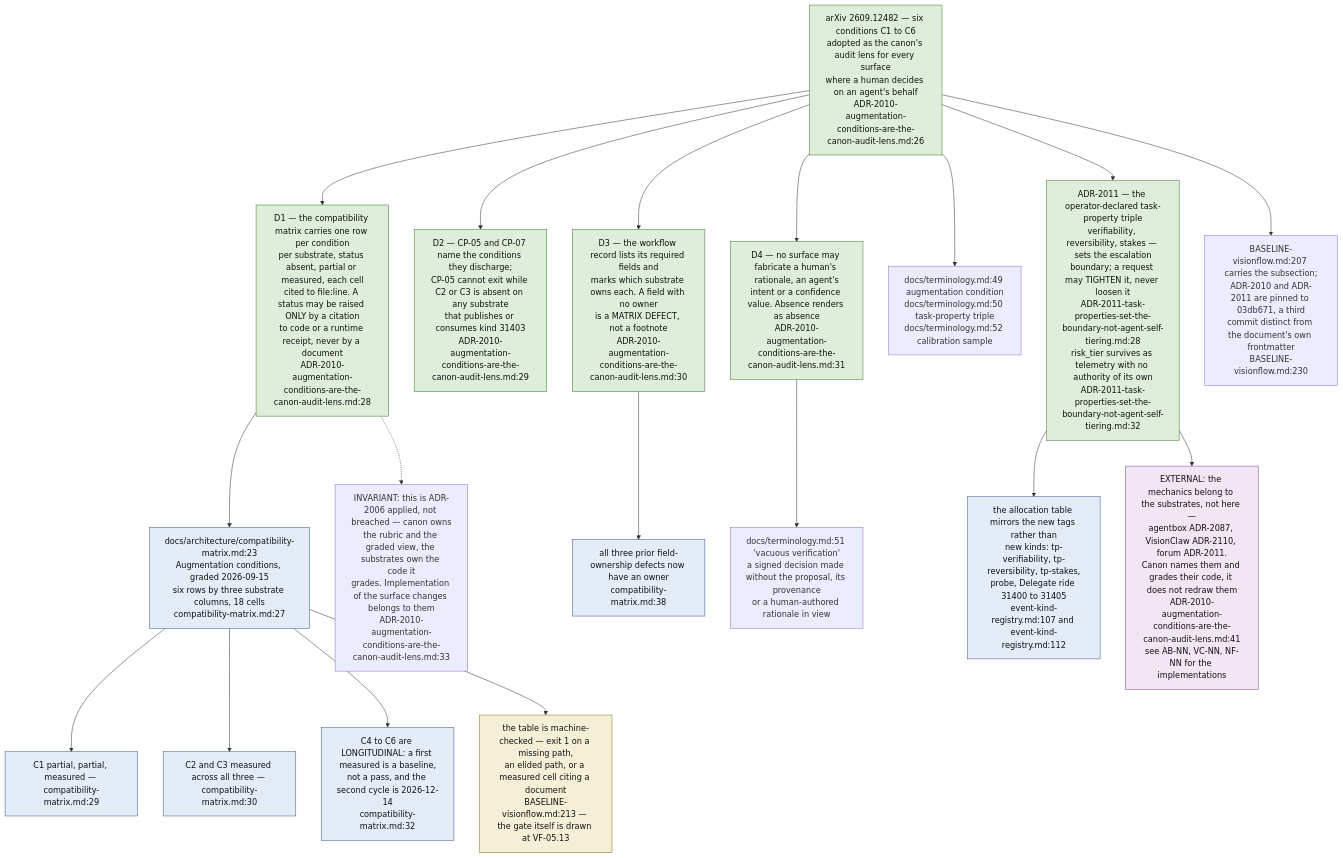
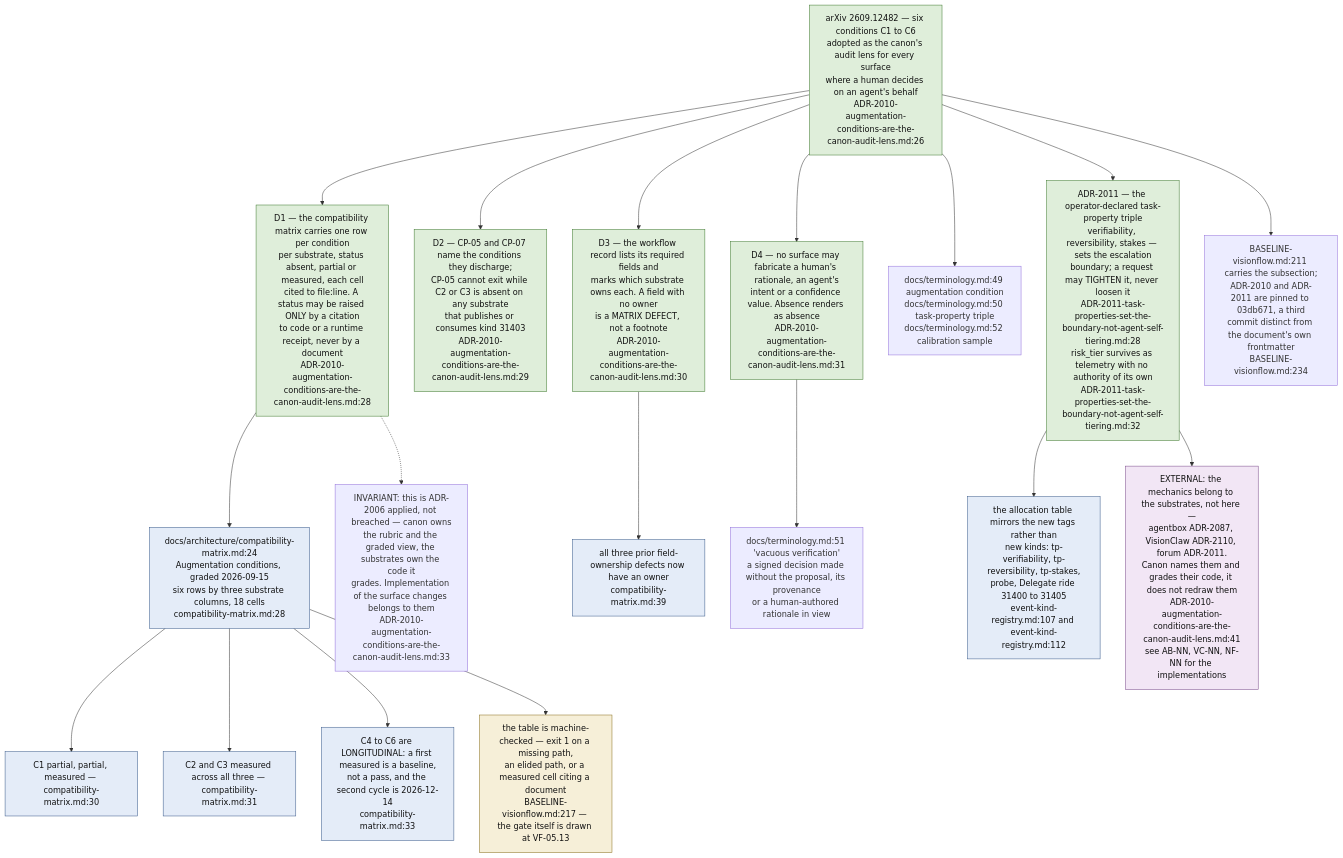
The ninth of 11 diagrams in docs/diagrams/visionflow/01-repo-composition-and-canon.md (DreamLab-AI/VisionFlow), drawn with Mermaid before and after one commit. The commit also changed other lines of this file and 160 other files, not shown here.

````diff
--- a/docs/diagrams/visionflow/01-repo-composition-and-canon.md
+++ b/docs/diagrams/visionflow/01-repo-composition-and-canon.md
@@ -338,38 +338,38 @@
 ```mermaid
 flowchart TB
     classDef rec fill:#dfeeda,stroke:#3f7a2f,color:#111
     classDef tbl fill:#e4ecf8,stroke:#3a5a8a,color:#111
     classDef gate fill:#f6efd8,stroke:#8a7020,color:#111
     classDef ext fill:#f2e6f5,stroke:#7a4a8a,color:#111
 
     SRC["arXiv 2609.12482 — six conditions C1 to C6<br/>adopted as the canon's audit lens for every surface<br/>where a human decides on an agent's behalf<br/>ADR-2010-augmentation-conditions-are-the-canon-audit-lens.md:26"]:::rec
 
     SRC --> D1["D1 — the compatibility matrix carries one row per condition<br/>per substrate, status absent, partial or measured, each cell<br/>cited to file:line. A status may be raised ONLY by a citation<br/>to code or a runtime receipt, never by a document<br/>ADR-2010-augmentation-conditions-are-the-canon-audit-lens.md:28"]:::rec
     SRC --> D2["D2 — CP-05 and CP-07 name the conditions they discharge;<br/>CP-05 cannot exit while C2 or C3 is absent on any substrate<br/>that publishes or consumes kind 31403<br/>ADR-2010-augmentation-conditions-are-the-canon-audit-lens.md:29"]:::rec
     SRC --> D3["D3 — the workflow record lists its required fields and<br/>marks which substrate owns each. A field with no owner<br/>is a MATRIX DEFECT, not a footnote<br/>ADR-2010-augmentation-conditions-are-the-canon-audit-lens.md:30"]:::rec
     SRC --> D4["D4 — no surface may fabricate a human's rationale, an agent's<br/>intent or a confidence value. Absence renders as absence<br/>ADR-2010-augmentation-conditions-are-the-canon-audit-lens.md:31"]:::rec
 
-    D1 --> TBL["docs/architecture/compatibility-matrix.md:23<br/>Augmentation conditions, graded 2026-09-15<br/>six rows by three substrate columns, 18 cells<br/>compatibility-matrix.md:27"]:::tbl
-    TBL --> R1["C1 partial, partial, measured — compatibility-matrix.md:29"]:::tbl
-    TBL --> R2["C2 and C3 measured across all three — compatibility-matrix.md:30"]:::tbl
-    TBL --> R3["C4 to C6 are LONGITUDINAL: a first measured is a baseline,<br/>not a pass, and the second cycle is 2026-12-14<br/>compatibility-matrix.md:32"]:::tbl
-    D3 --> OWN["all three prior field-ownership defects now have an owner<br/>compatibility-matrix.md:38"]:::tbl
+    D1 --> TBL["docs/architecture/compatibility-matrix.md:24<br/>Augmentation conditions, graded 2026-09-15<br/>six rows by three substrate columns, 18 cells<br/>compatibility-matrix.md:28"]:::tbl
+    TBL --> R1["C1 partial, partial, measured — compatibility-matrix.md:30"]:::tbl
+    TBL --> R2["C2 and C3 measured across all three — compatibility-matrix.md:31"]:::tbl
+    TBL --> R3["C4 to C6 are LONGITUDINAL: a first measured is a baseline,<br/>not a pass, and the second cycle is 2026-12-14<br/>compatibility-matrix.md:33"]:::tbl
+    D3 --> OWN["all three prior field-ownership defects now have an owner<br/>compatibility-matrix.md:39"]:::tbl
 
-    TBL --> GATE["the table is machine-checked — exit 1 on a missing path,<br/>an elided path, or a measured cell citing a document<br/>BASELINE-visionflow.md:213 — the gate itself is drawn at VF-05.13"]:::gate
+    TBL --> GATE["the table is machine-checked — exit 1 on a missing path,<br/>an elided path, or a measured cell citing a document<br/>BASELINE-visionflow.md:217 — the gate itself is drawn at VF-05.13"]:::gate
 
     D4 --> VOCAB["docs/terminology.md:51 'vacuous verification'<br/>a signed decision made without the proposal, its provenance<br/>or a human-authored rationale in view"]
     SRC --> VOCAB2["docs/terminology.md:49 augmentation condition<br/>docs/terminology.md:50 task-property triple<br/>docs/terminology.md:52 calibration sample"]
 
     TIER["ADR-2011 — the operator-declared task-property triple<br/>verifiability, reversibility, stakes — sets the escalation<br/>boundary; a request may TIGHTEN it, never loosen it<br/>ADR-2011-task-properties-set-the-boundary-not-agent-self-tiering.md:28<br/>risk_tier survives as telemetry with no authority of its own<br/>ADR-2011-task-properties-set-the-boundary-not-agent-self-tiering.md:32"]:::rec
     SRC --> TIER
     TIER --> KINDS["the allocation table mirrors the new tags rather than<br/>new kinds: tp-verifiability, tp-reversibility, tp-stakes,<br/>probe, Delegate ride 31400 to 31405<br/>event-kind-registry.md:107 and event-kind-registry.md:112"]:::tbl
 
-    BASE["BASELINE-visionflow.md:207 carries the subsection;<br/>ADR-2010 and ADR-2011 are pinned to 03db671, a third<br/>commit distinct from the document's own frontmatter<br/>BASELINE-visionflow.md:230"]
+    BASE["BASELINE-visionflow.md:211 carries the subsection;<br/>ADR-2010 and ADR-2011 are pinned to 03db671, a third<br/>commit distinct from the document's own frontmatter<br/>BASELINE-visionflow.md:234"]
     SRC --> BASE
 
     SIB["EXTERNAL: the mechanics belong to the substrates, not here —<br/>agentbox ADR-2087, VisionClaw ADR-2110, forum ADR-2011.<br/>Canon names them and grades their code, it does not redraw them<br/>ADR-2010-augmentation-conditions-are-the-canon-audit-lens.md:41<br/>see AB-NN, VC-NN, NF-NN for the implementations"]:::ext
     TIER --> SIB
 
     SCOPE["INVARIANT: this is ADR-2006 applied, not breached — canon owns<br/>the rubric and the graded view, the substrates own the code it<br/>grades. Implementation of the surface changes belongs to them<br/>ADR-2010-augmentation-conditions-are-the-canon-audit-lens.md:33"]
     D1 -.-> SCOPE
 ```
````
